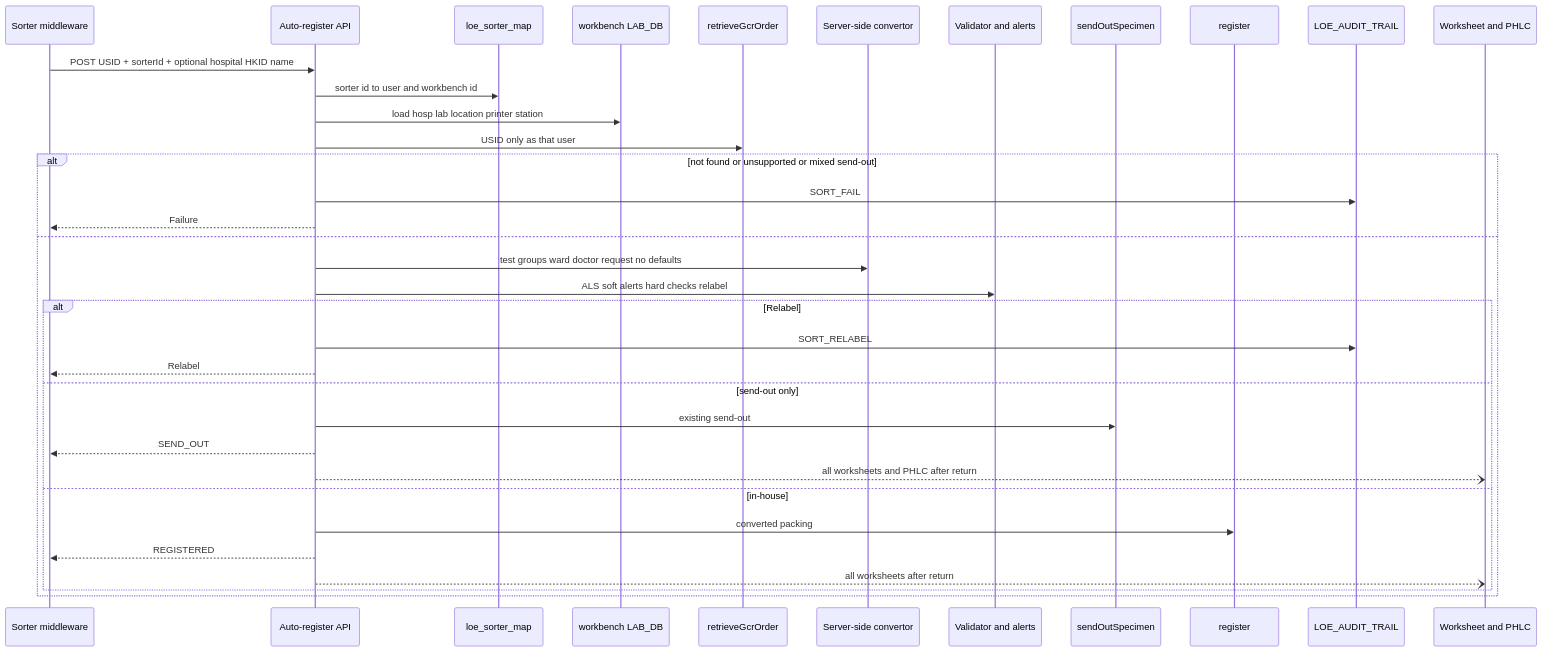
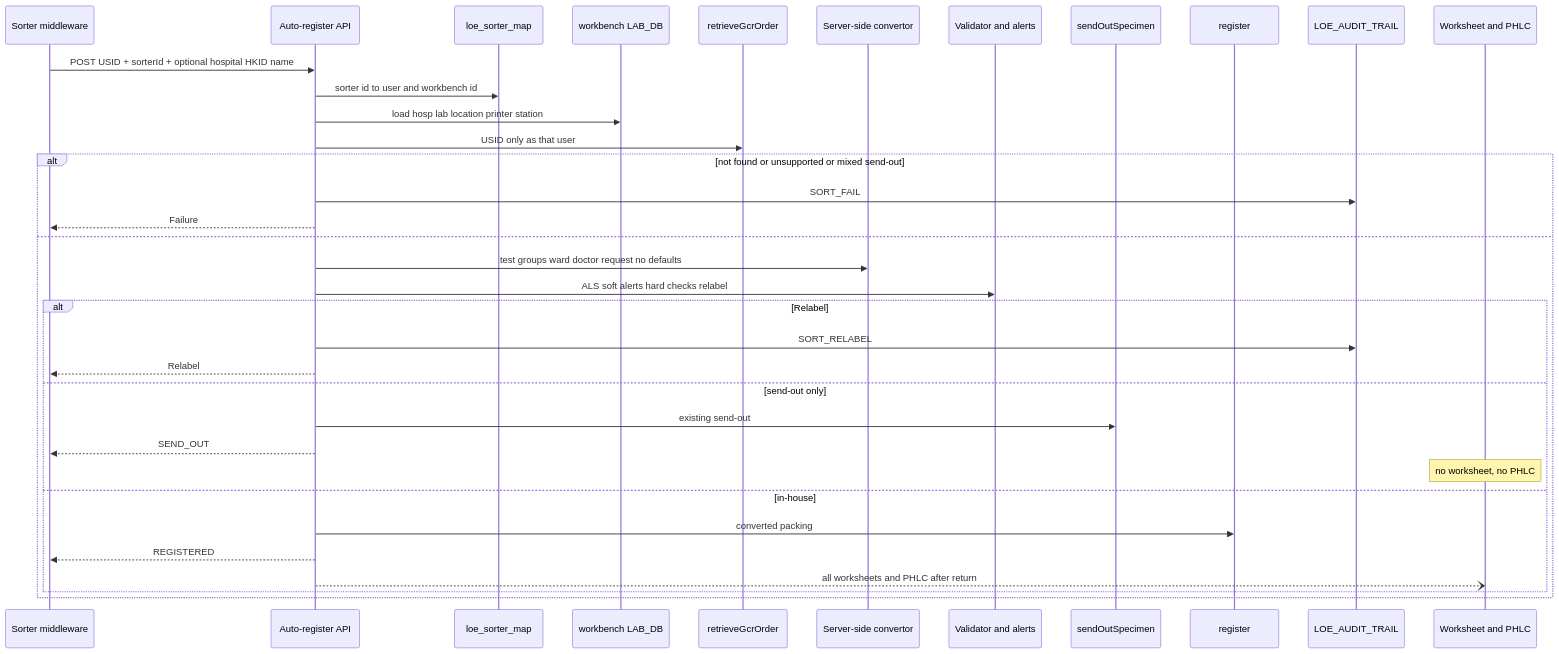
One commit to DragonChong/HA-Notes changed the first of 2 diagrams in SDLC/Projects/TMP-specimen-sorter-api — Specimen Sorter API/02 System Design.md. Above: the diagram before and after it, drawn with Mermaid. The commit also changed other lines of this file and 1 other file, not shown here.

````diff
--- a/SDLC/Projects/TMP-specimen-sorter-api — Specimen Sorter API/02 System Design.md
+++ b/SDLC/Projects/TMP-specimen-sorter-api — Specimen Sorter API/02 System Design.md
@@ -77,38 +77,38 @@
 ```mermaid
 sequenceDiagram
     participant MW as Sorter middleware
     participant API as Auto-register API
     participant Map as loe_sorter_map
     participant WB as workbench LAB_DB
     participant Ret as retrieveGcrOrder
     participant Cvt as Server-side convertor
     participant Val as Validator and alerts
     participant SO as sendOutSpecimen
     participant Reg as register
     participant Aud as LOE_AUDIT_TRAIL
     participant Prn as Worksheet and PHLC
 
     MW->>API: POST USID + sorterId + optional hospital HKID name
     API->>Map: sorter id to user and workbench id
     API->>WB: load hosp lab location printer station
     API->>Ret: USID only as that user
     alt not found or unsupported or mixed send-out
         API->>Aud: SORT_FAIL
         API-->>MW: Failure
     else
         API->>Cvt: test groups ward doctor request no defaults
         API->>Val: ALS soft alerts hard checks relabel
         alt Relabel
             API->>Aud: SORT_RELABEL
             API-->>MW: Relabel
         else send-out only
             API->>SO: existing send-out
             API-->>MW: SEND_OUT
-            API--)Prn: all worksheets and PHLC after return
+            Note over Prn: no worksheet, no PHLC
         else in-house
             API->>Reg: converted packing
             API-->>MW: REGISTERED
-            API--)Prn: all worksheets after return
+            API--)Prn: all worksheets and PHLC after return
         end
     end
 ```
````
